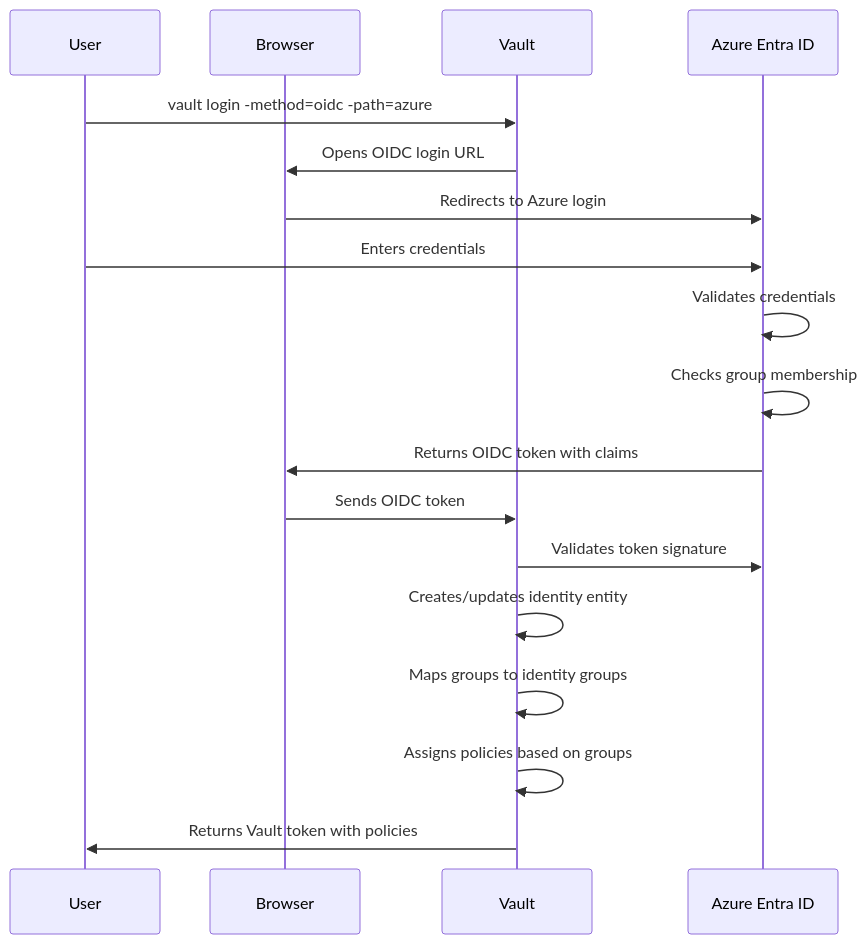
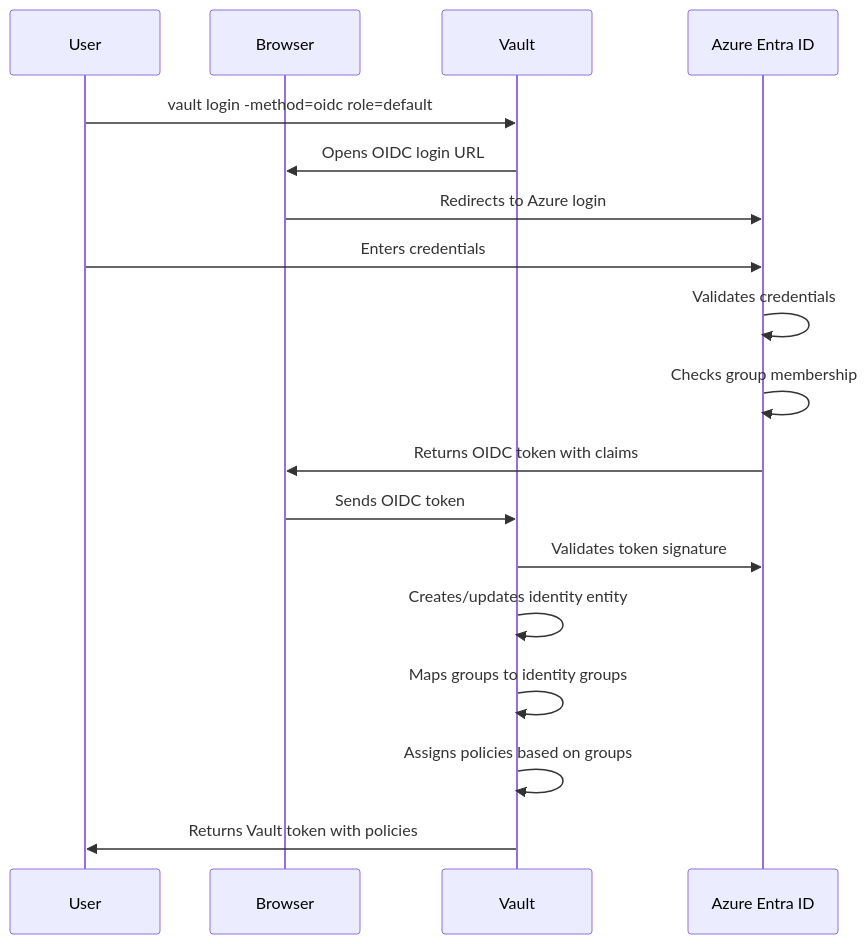
Before and after one commit to nhsy-hcp/docker-vault-stack: the second of 2 diagrams in labs/entra-id/README.md, drawn with Mermaid. The commit also changed other lines of this file and 7 other files, not shown here.

````diff
--- a/labs/entra-id/README.md
+++ b/labs/entra-id/README.md
@@ -187,21 +59,21 @@
 ```mermaid
 sequenceDiagram
     participant User
     participant Browser
     participant Vault
     participant Azure as Azure Entra ID
 
-    User->>Vault: vault login -method=oidc -path=azure
+    User->>Vault: vault login -method=oidc role=default
     Vault->>Browser: Opens OIDC login URL
     Browser->>Azure: Redirects to Azure login
     User->>Azure: Enters credentials
     Azure->>Azure: Validates credentials
     Azure->>Azure: Checks group membership
     Azure->>Browser: Returns OIDC token with claims
     Browser->>Vault: Sends OIDC token
     Vault->>Azure: Validates token signature
     Vault->>Vault: Creates/updates identity entity
     Vault->>Vault: Maps groups to identity groups
     Vault->>Vault: Assigns policies based on groups
     Vault->>User: Returns Vault token with policies
 ```
````
